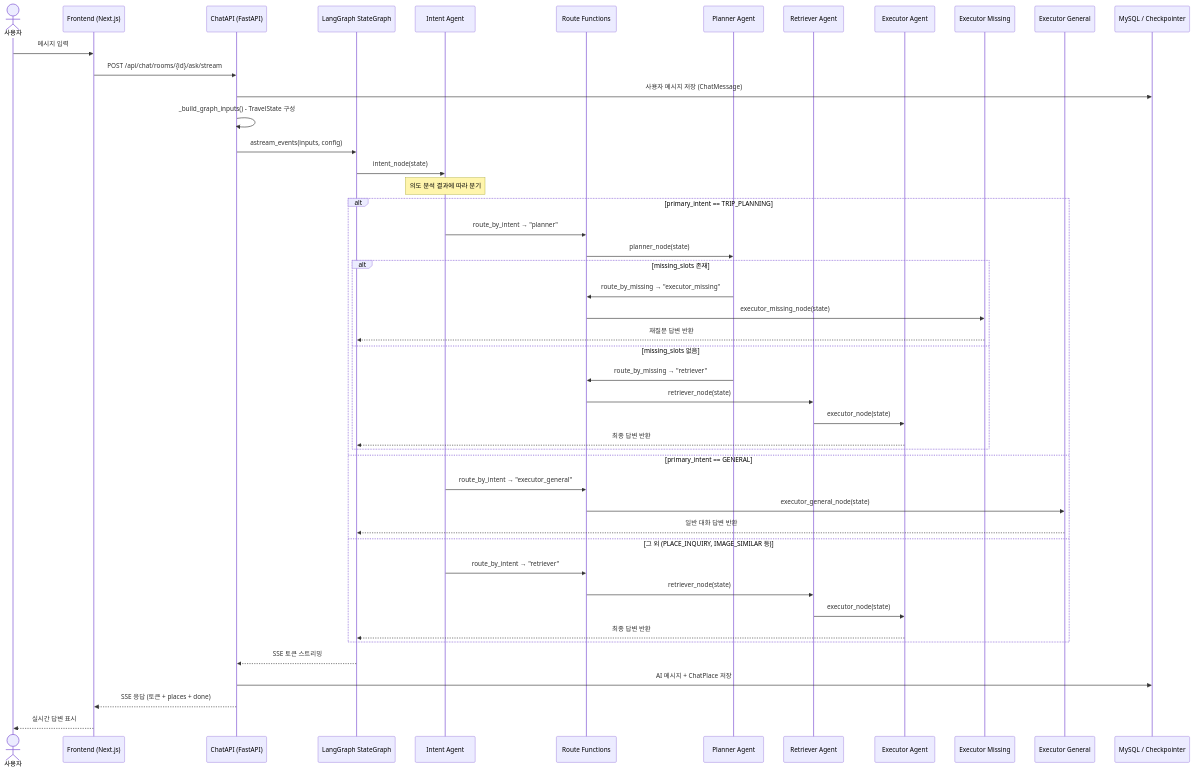
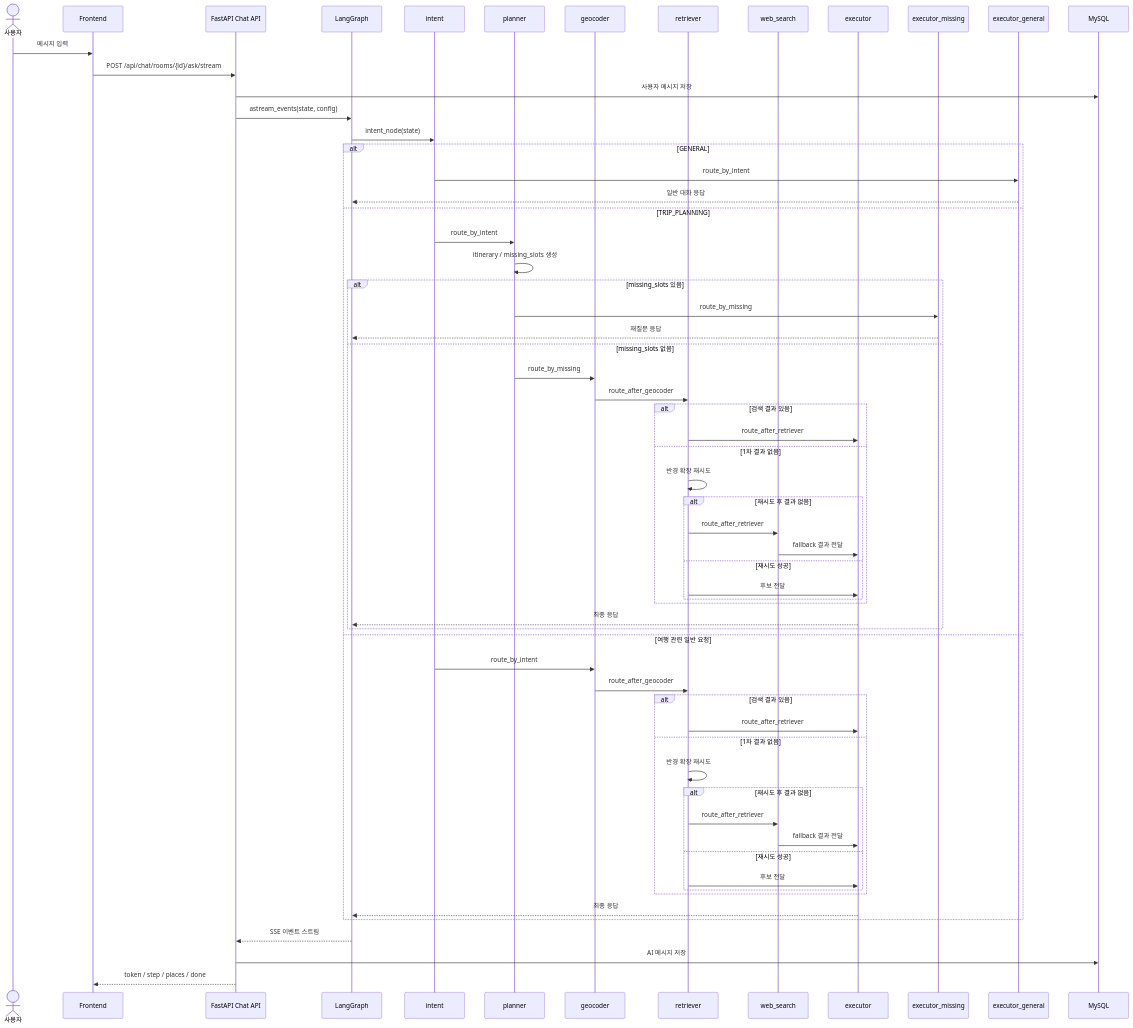
The second of 9 diagrams in docs/agent_sequence_diagrams.md (SKNETWORKS-FAMILY-AICAMP/SKN21-FINAL-2Team), drawn with Mermaid before and after one commit. The commit also changed other lines of this file and 6 other files, not shown here.

````diff
--- a/docs/agent_sequence_diagrams.md
+++ b/docs/agent_sequence_diagrams.md
@@ -108,54 +58,69 @@
 ```mermaid
 sequenceDiagram
     actor User as 사용자
-    participant FE as Frontend (Next.js)
-    participant API as ChatAPI (FastAPI)
-    participant Graph as LangGraph StateGraph
-    participant Intent as Intent Agent
-    participant Router as Route Functions
-    participant Planner as Planner Agent
-    participant Retriever as Retriever Agent
-    participant Executor as Executor Agent
-    participant ExecMissing as Executor Missing
-    participant ExecGeneral as Executor General
-    participant DB as MySQL / Checkpointer
+    participant FE as Frontend
+    participant API as FastAPI Chat API
+    participant Graph as LangGraph
+    participant Intent as intent
+    participant Planner as planner
+    participant Geocoder as geocoder
+    participant Retriever as retriever
+    participant WebSearch as web_search
+    participant Executor as executor
+    participant ExecMissing as executor_missing
+    participant ExecGeneral as executor_general
+    participant DB as MySQL
 
     User->>FE: 메시지 입력
     FE->>API: POST /api/chat/rooms/{id}/ask/stream
-    API->>DB: 사용자 메시지 저장 (ChatMessage)
-    API->>API: _build_graph_inputs() - TravelState 구성
-    API->>Graph: astream_events(inputs, config)
+    API->>DB: 사용자 메시지 저장
+    API->>Graph: astream_events(state, config)
 
     Graph->>Intent: intent_node(state)
 
-    Note over Intent: 의도 분석 결과에 따라 분기
-
-    alt primary_intent == TRIP_PLANNING
-        Intent->>Router: route_by_intent → "planner"
-        Router->>Planner: planner_node(state)
-        alt missing_slots 존재
-            Planner->>Router: route_by_missing → "executor_missing"
-            Router->>ExecMissing: executor_missing_node(state)
-            ExecMissing-->>Graph: 재질문 답변 반환
+    alt GENERAL
+        Intent->>ExecGeneral: route_by_intent
+        ExecGeneral-->>Graph: 일반 대화 응답
+    else TRIP_PLANNING
+        Intent->>Planner: route_by_intent
+        Planner->>Planner: itinerary / missing_slots 생성
+        alt missing_slots 있음
+            Planner->>ExecMissing: route_by_missing
+            ExecMissing-->>Graph: 재질문 응답
         else missing_slots 없음
-            Planner->>Router: route_by_missing → "retriever"
-            Router->>Retriever: retriever_node(state)
-            Retriever->>Executor: executor_node(state)
-            Executor-->>Graph: 최종 답변 반환
+            Planner->>Geocoder: route_by_missing
+            Geocoder->>Retriever: route_after_geocoder
+            alt 검색 결과 있음
+                Retriever->>Executor: route_after_retriever
+            else 1차 결과 없음
+                Retriever->>Retriever: 반경 확장 재시도
+                alt 재시도 후 결과 없음
+                    Retriever->>WebSearch: route_after_retriever
+                    WebSearch->>Executor: fallback 결과 전달
+                else 재시도 성공
+                    Retriever->>Executor: 후보 전달
+                end
+            end
+            Executor-->>Graph: 최종 응답
         end
-    else primary_intent == GENERAL
-        Intent->>Router: route_by_intent → "executor_general"
-        Router->>ExecGeneral: executor_general_node(state)
-        ExecGeneral-->>Graph: 일반 대화 답변 반환
-    else 그 외 (PLACE_INQUIRY, IMAGE_SIMILAR 등)
-        Intent->>Router: route_by_intent → "retriever"
-        Router->>Retriever: retriever_node(state)
-        Retriever->>Executor: executor_node(state)
-        Executor-->>Graph: 최종 답변 반환
+    else 여행 관련 일반 요청
+        Intent->>Geocoder: route_by_intent
+        Geocoder->>Retriever: route_after_geocoder
+        alt 검색 결과 있음
+            Retriever->>Executor: route_after_retriever
+        else 1차 결과 없음
+            Retriever->>Retriever: 반경 확장 재시도
+            alt 재시도 후 결과 없음
+                Retriever->>WebSearch: route_after_retriever
+                WebSearch->>Executor: fallback 결과 전달
+            else 재시도 성공
+                Retriever->>Executor: 후보 전달
+            end
+        end
+        Executor-->>Graph: 최종 응답
     end
 
-    Graph-->>API: SSE 토큰 스트리밍
-    API->>DB: AI 메시지 + ChatPlace 저장
-    API-->>FE: SSE 응답 (토큰 + places + done)
-    FE-->>User: 실시간 답변 표시
+    Graph-->>API: SSE 이벤트 스트림
+    API->>DB: AI 메시지 저장
+    API-->>FE: token / step / places / done
 ```
````
